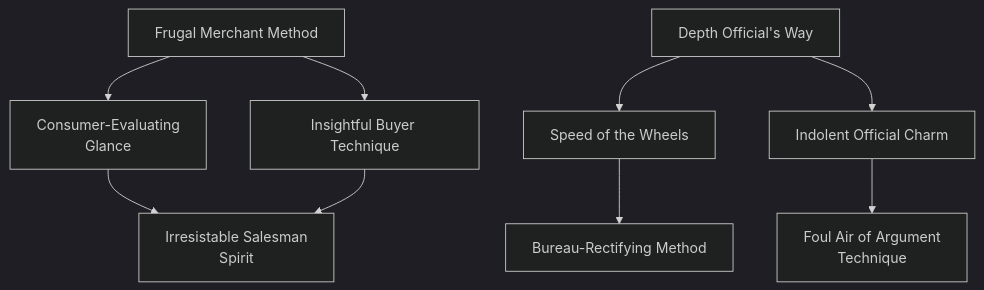
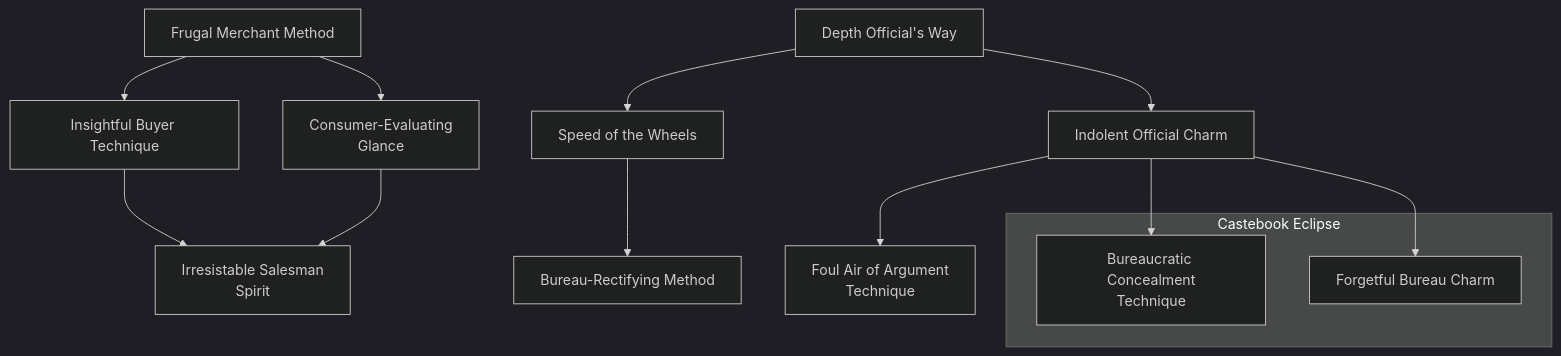
The diagram in docs/mermaid/solar/eclipse_bureaucracy.mmd (jrobichaud/exalted-charms-1e), drawn with Mermaid before and after one commit. The commit also changed 8 other files, not shown here.

Commit message:
Castebook eclipse charms

```diff
--- a/docs/mermaid/solar/eclipse_bureaucracy.mmd
+++ b/docs/mermaid/solar/eclipse_bureaucracy.mmd
@@ -271,3 +271,66 @@
         Errata:<br>
         This Charm is lacking a Type. Its Type is Simple.
         "
+
+    subgraph Castebook Eclipse
+        bureaucratic_concealment_technique[Bureaucratic Concealment<br>Technique]
+        click bureaucratic_concealment_technique callback "
+            Bureaucratic Concealment Technique<br>
+            <br>
+            Cost: 4 motes<br>
+            Duration: Special<br>
+            Type: Simple<br>
+            Minimum Bureaucracy: 4<br>
+            Minimum Essence: 2<br>
+            Prerequisite Charms: Indolent Official Charm<br>
+            <br>
+            Using this Charm, a character can effectively
+            cause a single item to disappear into the depths of a
+            bureaucracy and remain hidden from all efforts to find
+            it until the Exalted ceases committing Essence to the
+            Charm or chooses to retrieve the item herself. The
+            item may be virtually anything that can be moved
+            through human effort: a letter, an artifact, a piece of
+            jewelry — even a statue or the like. It is shuffled from
+            place to place, stored and forgotten, and it draws no
+            attention to itself. Investigation attempts to find the
+            concealed item have their difficulty increased by the
+            Exalted's Essence.
+            "
+
+        forgetful_bureau_charm[Forgetful Bureau Charm]
+        click forgetful_bureau_charm callback "
+            Forgetful Bureau Charm<br>
+            <br>
+            Cost: 10 motes, 1 Willpower<br>
+            Duration: Instant<br>
+            Type: Simple<br>
+            Minimum Bureaucracy: 5<br>
+            Minimum Essence: 3<br>
+            Prerequisite Charms: Indolent Official Charm<br>
+            <br>
+            Forgetful Bureau Charm allows an Exalted character
+            to erase all evidence of one item or individual
+            from a particular bureaucracy. Records are lost or
+            destroyed, officials misremember facts, and so forth.
+            The effects take some time to make themselves felt.
+            A small local bureaucracy is affected within a day.
+            Larger organizations may take weeks, or even months,
+            before the process is complete. So far as the bureaucracy
+            is concerned, the item or individual in question
+            does not exist. Those with direct contact with the
+            subject still recall it normally, but official records
+            and other documentation do not support their recollections.
+            New records can come into being after this
+            Charm is used, but previous records on the subject
+            are permanently lost.<br>
+            This Charm allows the Chosen to create difficulties
+            for others by eliminating all official record of
+            them or for the Exalted to protect their own secrets,
+            such as removing evidence of a Circle's activities or of
+            the location of a particular Demesne or Manse.
+            "
+    end
+
+    indolent_official_charm --> bureaucratic_concealment_technique
+    indolent_official_charm --> forgetful_bureau_charm
```
